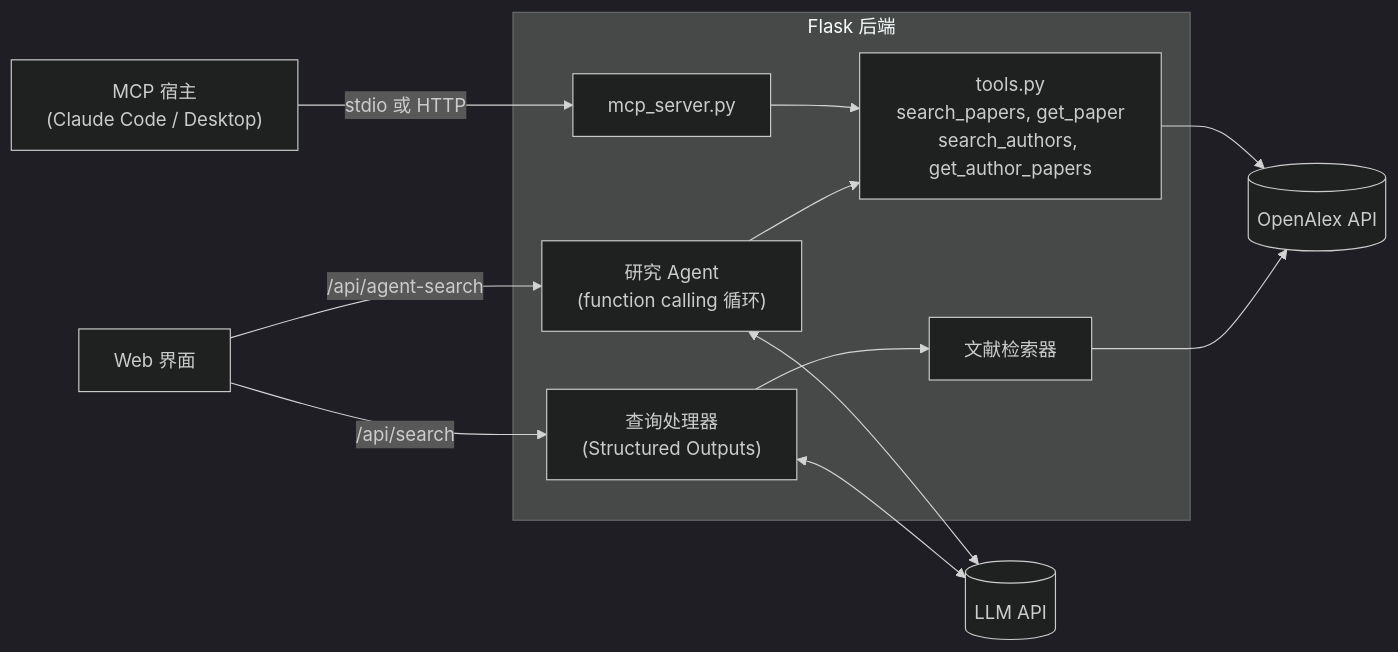
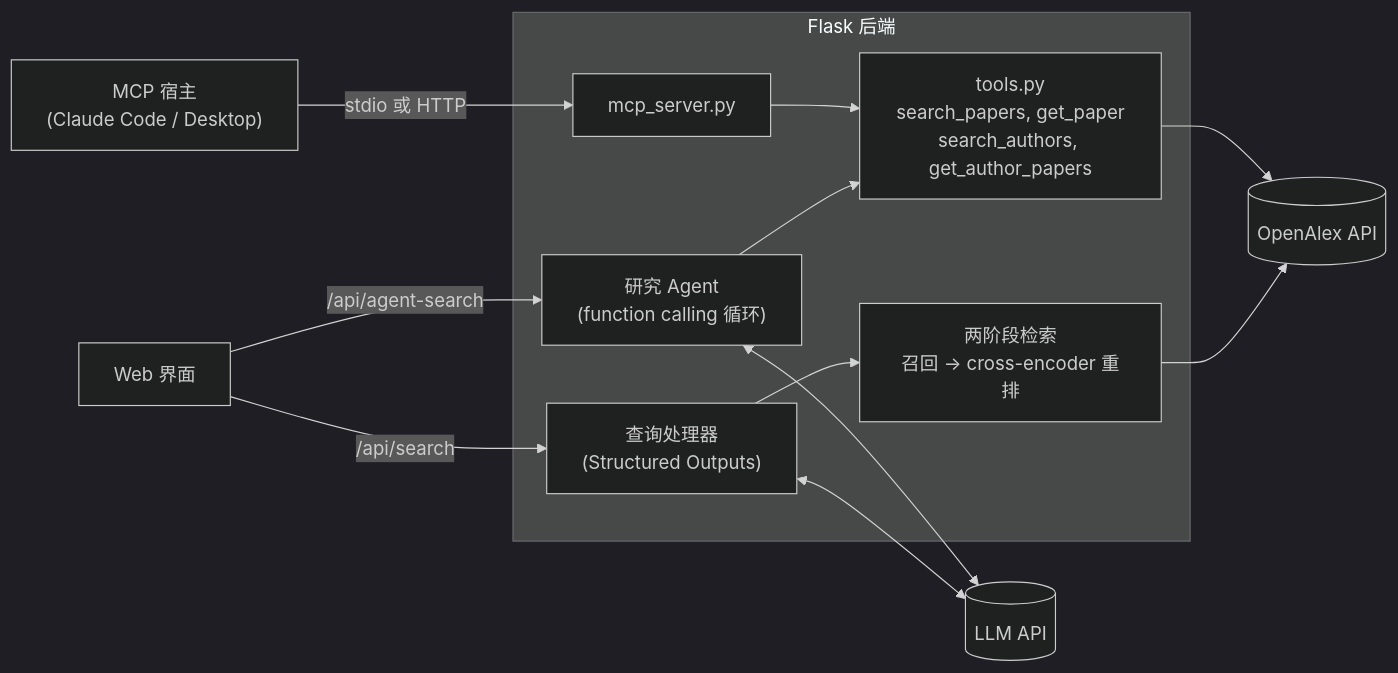
One commit to LynnUoE/om-dissertation-implementation changed the diagram in README.zh-CN.md. Above: the diagram before and after it, drawn with Mermaid (dark theme). The commit also changed other lines of this file and 45 other files, not shown here.

````diff
--- a/README.zh-CN.md
+++ b/README.zh-CN.md
@@ -16,20 +17,20 @@
 ```mermaid
 flowchart LR
     subgraph Backend [Flask 后端]
         Pipeline["查询处理器<br/>(Structured Outputs)"]
-        Searcher[文献检索器]
+        Searcher["两阶段检索<br/>召回 → cross-encoder 重排"]
         Agent["研究 Agent<br/>(function calling 循环)"]
         MCP[mcp_server.py]
         Tools["tools.py<br/>search_papers, get_paper<br/>search_authors, get_author_papers"]
     end
     UI[Web 界面] -->|/api/search| Pipeline
     UI -->|/api/agent-search| Agent
     Host["MCP 宿主<br/>(Claude Code / Desktop)"] -->|stdio 或 HTTP| MCP
     Pipeline --> Searcher
     Agent --> Tools
     MCP --> Tools
     Pipeline <--> LLM[(LLM API)]
     Agent <--> LLM
     Searcher --> OA[(OpenAlex API)]
     Tools --> OA
 ```
````
